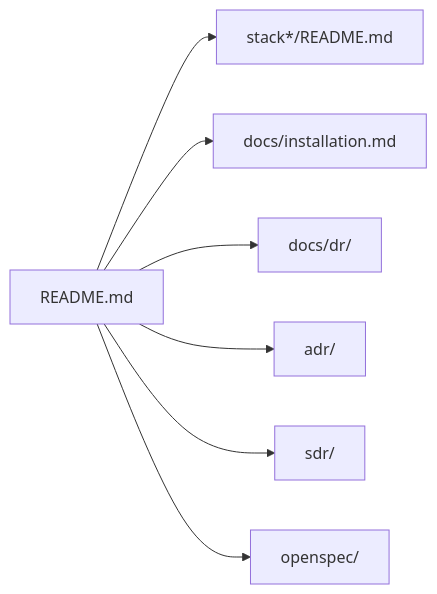
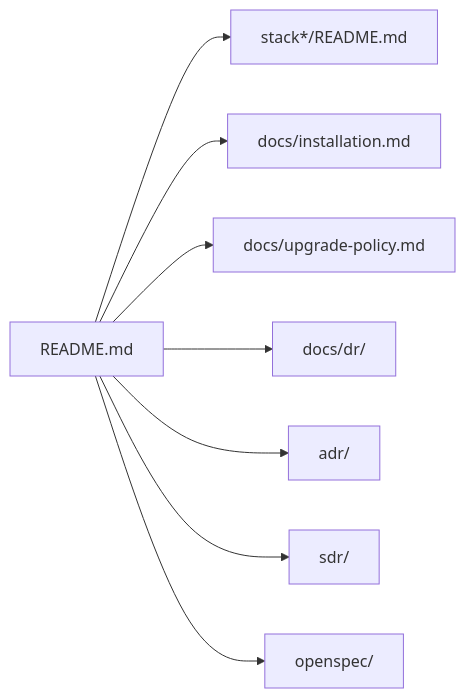
Before and after one commit to ea1het/local_hybrid_ai: the diagram in docs/README.md, drawn with Mermaid. The commit also changed other lines of this file, not shown here.

Commit message:
Index upgrade compatibility policy documentation

````diff
--- a/docs/README.md
+++ b/docs/README.md
@@ -5,9 +5,10 @@
 ```mermaid
 flowchart LR
     Root[README.md] --> Stacks[stack*/README.md]
     Root --> Install[docs/installation.md]
+    Root --> Upgrade[docs/upgrade-policy.md]
     Root --> DR[docs/dr/]
     Root --> ADR[adr/]
     Root --> SDR[sdr/]
     Root --> Spec[openspec/]
 ```
````
